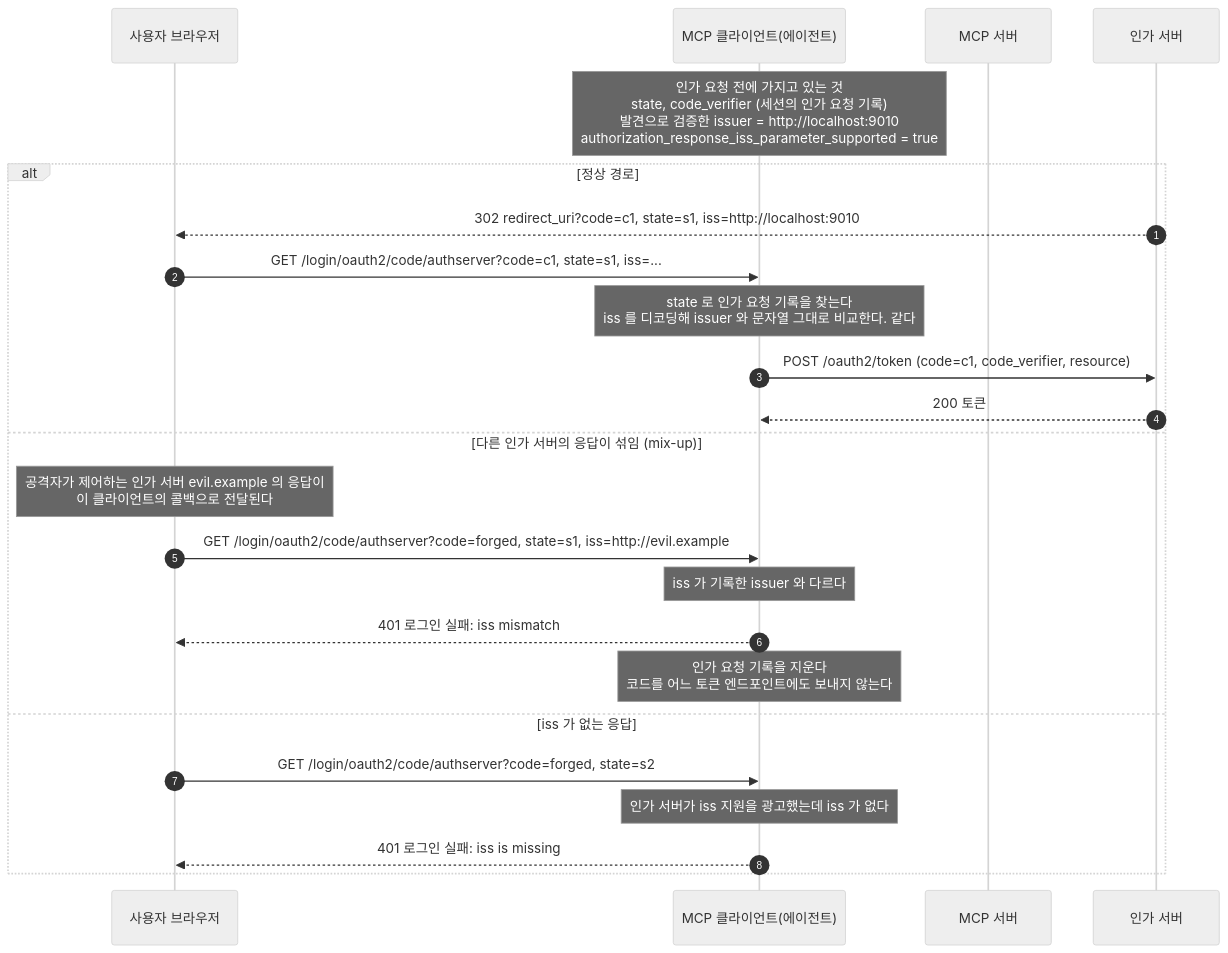
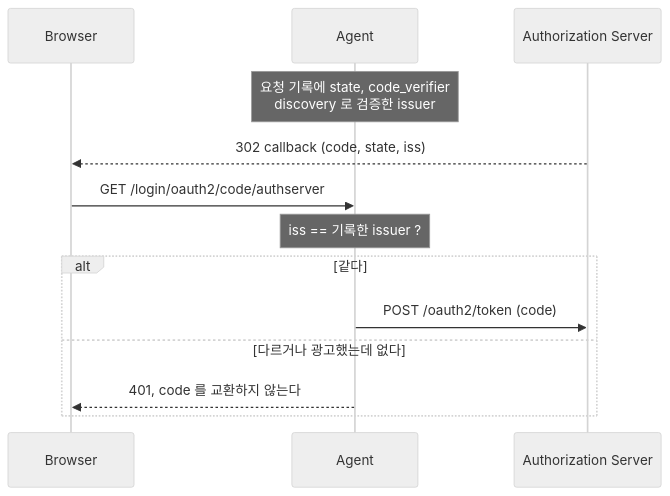
The second of 2 diagrams in practice/MCP-AUTHORIZATION.md (starryeye/spring-ai), drawn with Mermaid (neutral theme) before and after one commit. The commit also changed other lines of this file and 2 other files, not shown here.

Commit message:
docs: MCP-AUTHORIZATION.md 를 계층형 허브 문서로 다시 씀

````diff
--- a/practice/MCP-AUTHORIZATION.md
+++ b/practice/MCP-AUTHORIZATION.md
@@ -800,27 +386,15 @@
 ```mermaid
 sequenceDiagram
-    autonumber
-    participant B as 사용자 브라우저
-    participant C as MCP 클라이언트(에이전트)
-    participant M as MCP 서버
-    participant A as 인가 서버
-
-    Note over C: 인가 요청 전에 가지고 있는 것<br/>state, code_verifier (세션의 인가 요청 기록)<br/>발견으로 검증한 issuer = http://localhost:9010<br/>authorization_response_iss_parameter_supported = true
-    alt 정상 경로
-        A-->>B: 302 redirect_uri?code=c1, state=s1, iss=http://localhost:9010
-        B->>C: GET /login/oauth2/code/authserver?code=c1, state=s1, iss=...
-        Note over C: state 로 인가 요청 기록을 찾는다<br/>iss 를 디코딩해 issuer 와 문자열 그대로 비교한다. 같다
-        C->>A: POST /oauth2/token (code=c1, code_verifier, resource)
-        A-->>C: 200 토큰
-    else 다른 인가 서버의 응답이 섞임 (mix-up)
-        Note over B: 공격자가 제어하는 인가 서버 evil.example 의 응답이<br/>이 클라이언트의 콜백으로 전달된다
-        B->>C: GET /login/oauth2/code/authserver?code=forged, state=s1, iss=http://evil.example
-        Note over C: iss 가 기록한 issuer 와 다르다
-        C-->>B: 401 로그인 실패: iss mismatch
-        Note over C: 인가 요청 기록을 지운다<br/>코드를 어느 토큰 엔드포인트에도 보내지 않는다
-    else iss 가 없는 응답
-        B->>C: GET /login/oauth2/code/authserver?code=forged, state=s2
-        Note over C: 인가 서버가 iss 지원을 광고했는데 iss 가 없다
-        C-->>B: 401 로그인 실패: iss is missing
+    participant B as Browser
+    participant C as Agent
+    participant A as Authorization Server
+    Note over C: 요청 기록에 state, code_verifier<br/>discovery 로 검증한 issuer
+    A-->>B: 302 callback (code, state, iss)
+    B->>C: GET /login/oauth2/code/authserver
+    Note over C: iss == 기록한 issuer ?
+    alt 같다
+        C->>A: POST /oauth2/token (code)
+    else 다르거나 광고했는데 없다
+        C-->>B: 401, code 를 교환하지 않는다
     end
 ```
````
